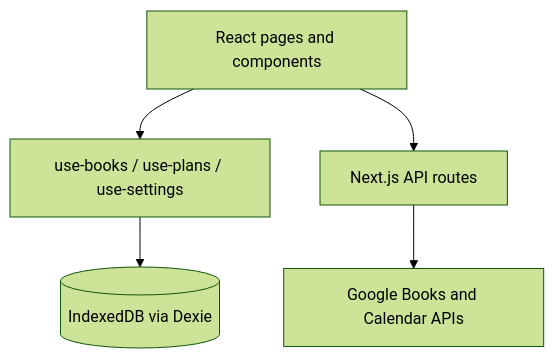
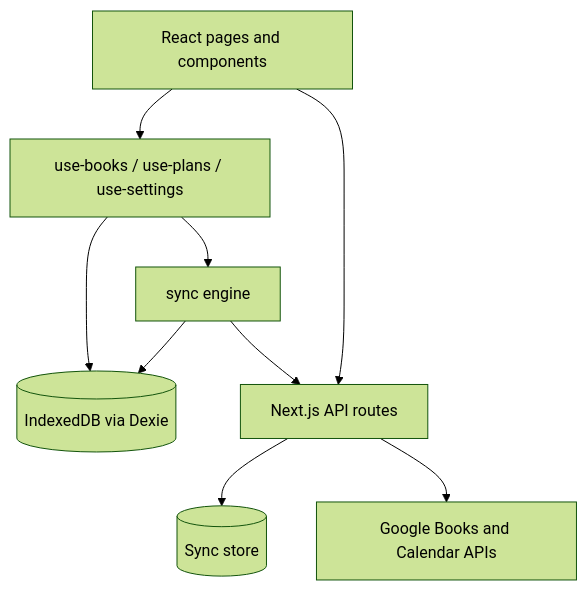
The diagram in docs/architecture.md (Benjamin-Hogan/Reading-Scheduler), drawn with Mermaid (forest theme) before and after one commit. The commit also changed other lines of this file and 25 other files, not shown here.

````diff
--- a/docs/architecture.md
+++ b/docs/architecture.md
@@ -7,13 +7,19 @@
 ```mermaid
 flowchart TB
   UI[React pages and components]
   Hooks[use-books / use-plans / use-settings]
+  SyncEngine[sync engine]
   Dexie[(IndexedDB via Dexie)]
   API[Next.js API routes]
+  SyncStore[(Sync store)]
   Google[Google Books and Calendar APIs]
 
   UI --> Hooks
   Hooks --> Dexie
+  Hooks --> SyncEngine
+  SyncEngine --> Dexie
+  SyncEngine --> API
   UI --> API
+  API --> SyncStore
   API --> Google
 ```
````
